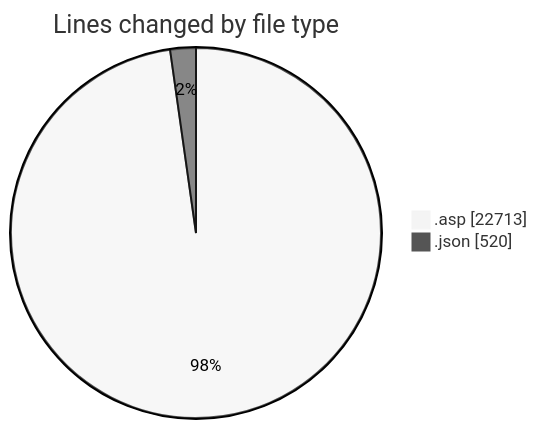
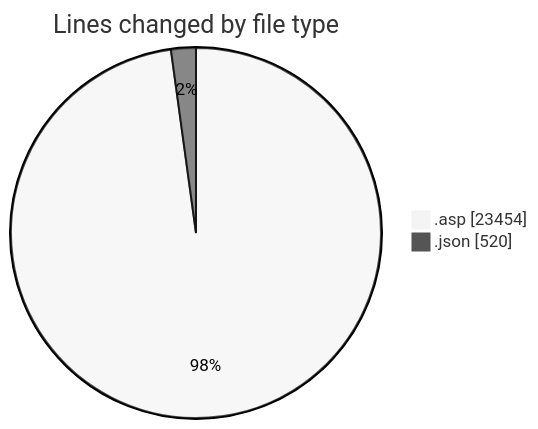
One commit to julien-gomy/code-tracking changed the first of 2 diagrams in 2025-11-01/cdp_aleoudev_fr__workspace_/README.md. Above: the diagram before and after it, drawn with Mermaid (neutral theme). The commit also changed other lines of this file and 1 other file, not shown here.

````diff
--- a/2025-11-01/cdp_aleoudev_fr__workspace_/README.md
+++ b/2025-11-01/cdp_aleoudev_fr__workspace_/README.md
@@ -30,6 +31,6 @@
 ```mermaid
 pie showData
 title Lines changed by file type
-".asp" : 22713
+".asp" : 23454
 ".json" : 520
 ```
````
